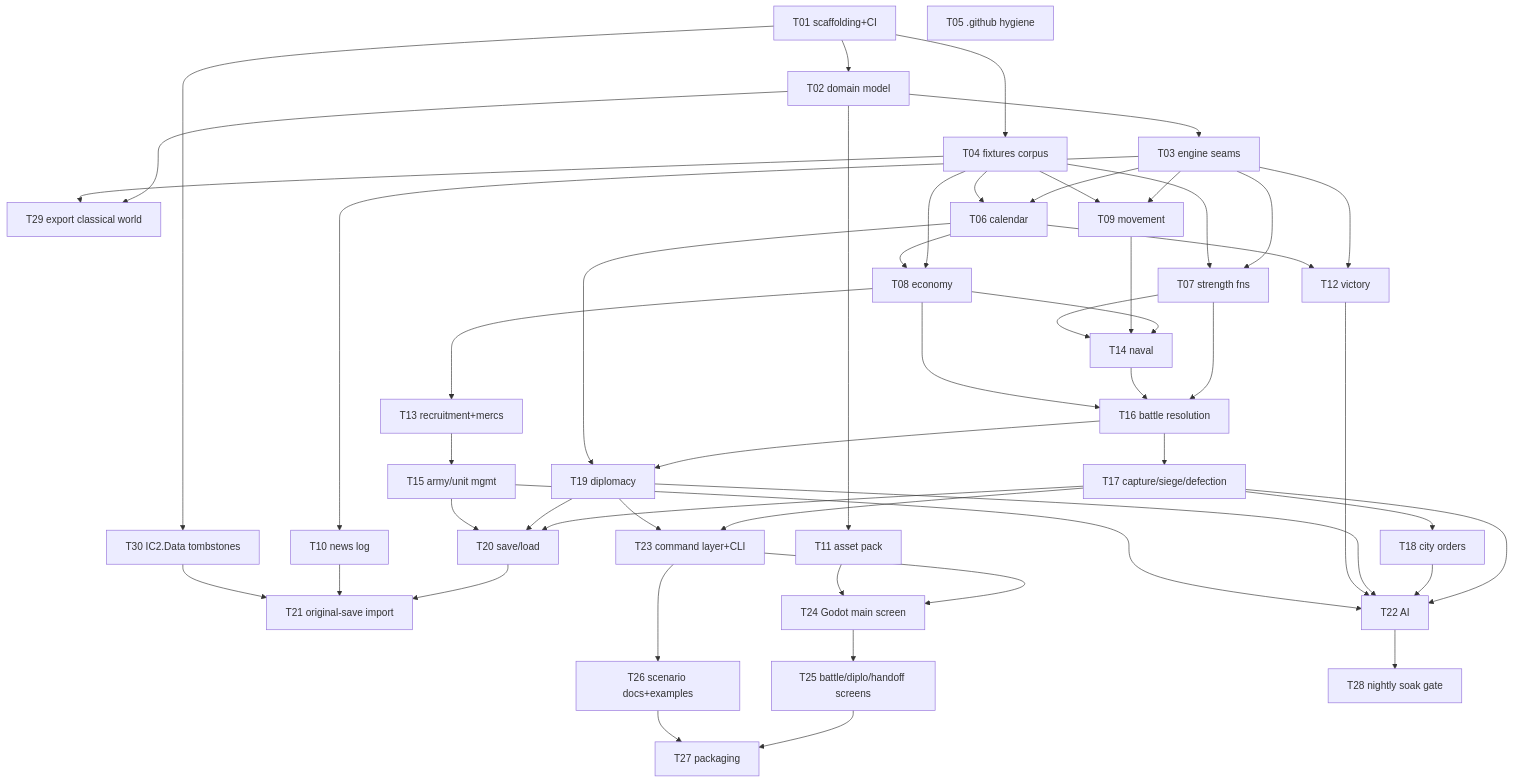
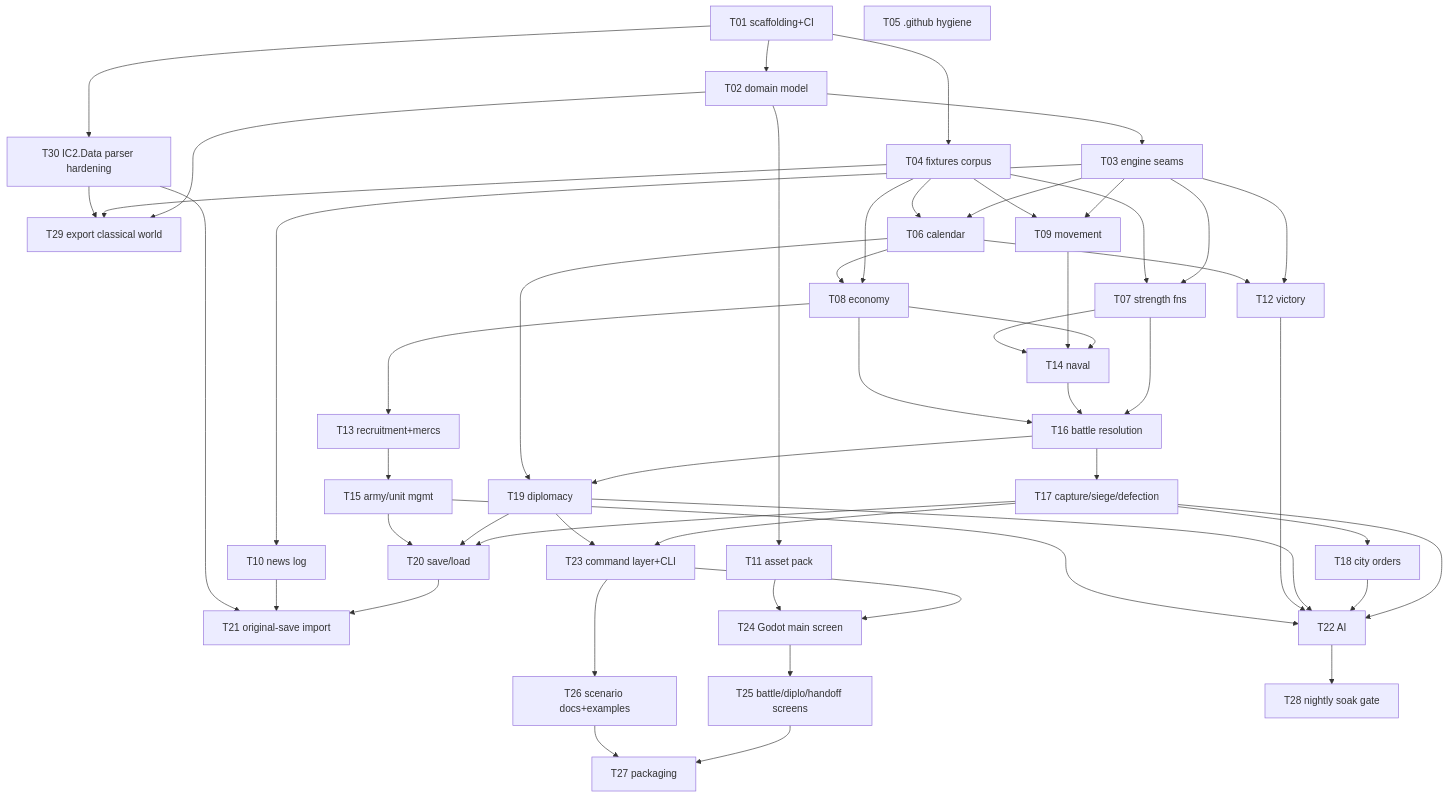
One commit to diegoami/imperial_conquest_2 changed the diagram in docs/build-orchestration-plan.md. Above: the diagram before and after it, drawn with Mermaid. The commit also changed other lines of this file and 2 other files, not shown here.

````diff
--- a/docs/build-orchestration-plan.md
+++ b/docs/build-orchestration-plan.md
@@ -154,59 +156,60 @@
 ```mermaid
 graph TD
   T01[T01 scaffolding+CI] --> T02[T02 domain model]
   T01 --> T04[T04 fixtures corpus]
   T02 --> T03[T03 engine seams]
   T02 --> T29[T29 export classical world]
   T04 --> T29
-  T01 --> T30[T30 IC2.Data tombstones]
+  T01 --> T30[T30 IC2.Data parser hardening]
+  T30 --> T29
   T05[T05 .github hygiene]
 
   T03 --> T06[T06 calendar]
   T03 --> T07[T07 strength fns]
   T03 --> T09[T09 movement]
   T03 --> T10[T10 news log]
   T02 --> T11[T11 asset pack]
   T03 --> T12[T12 victory]
   T04 --> T06
   T04 --> T07
   T04 --> T08[T08 economy]
   T04 --> T09
   T06 --> T08
   T06 --> T12
 
   T08 --> T13[T13 recruitment+mercs]
   T08 --> T14[T14 naval]
   T09 --> T14
   T07 --> T14
   T13 --> T15[T15 army/unit mgmt]
   T07 --> T16[T16 battle resolution]
   T14 --> T16
   T08 --> T16
 
   T16 --> T17[T17 capture/siege/defection]
   T16 --> T19[T19 diplomacy]
   T06 --> T19
   T17 --> T18[T18 city orders]
   T17 --> T20[T20 save/load]
   T19 --> T20
   T15 --> T20
   T20 --> T21[T21 original-save import]
   T10 --> T21
   T30 --> T21
 
   T17 --> T22[T22 AI]
   T18 --> T22
   T19 --> T22
   T12 --> T22
   T15 --> T22
 
   T17 --> T23[T23 command layer+CLI]
   T19 --> T23
   T23 --> T24[T24 Godot main screen]
   T11 --> T24
   T24 --> T25[T25 battle/diplo/handoff screens]
   T23 --> T26[T26 scenario docs+examples]
   T22 --> T28[T28 nightly soak gate]
   T25 --> T27[T27 packaging]
   T26 --> T27
 ```
````
